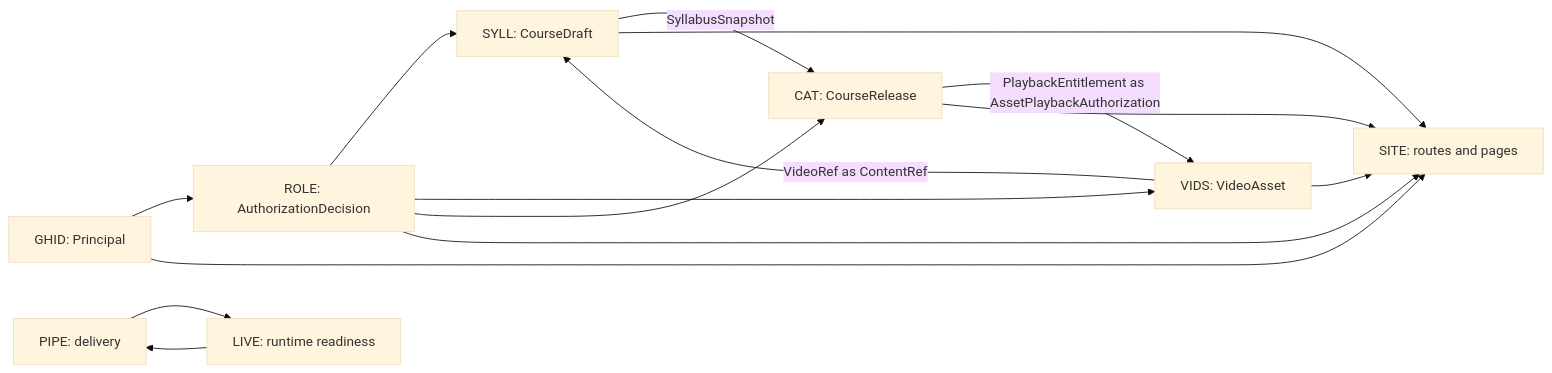
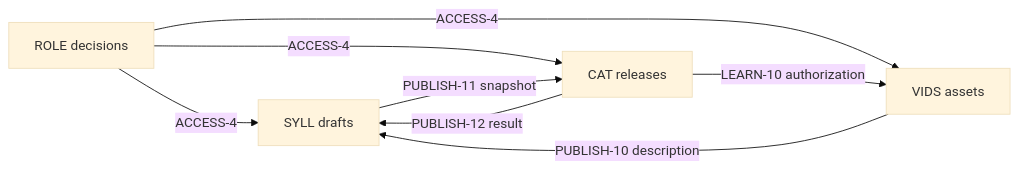
Before and after one commit to sublang-ai/spex: the diagram in demo/specs/map.md, drawn with Mermaid (base theme). The commit also changed other lines of this file and 37 other files, not shown here.

````diff
--- a/demo/specs/map.md
+++ b/demo/specs/map.md
@@ -53,17 +66,10 @@
 ```mermaid
 flowchart LR
-    GHID["GHID: Principal"] --> ROLE["ROLE: AuthorizationDecision"]
-    ROLE --> SYLL["SYLL: CourseDraft"]
-    ROLE --> VIDS["VIDS: VideoAsset"]
-    ROLE --> CAT["CAT: CourseRelease"]
-    VIDS -- "VideoRef as ContentRef" --> SYLL
-    SYLL -- "SyllabusSnapshot" --> CAT
-    CAT -- "PlaybackEntitlement as AssetPlaybackAuthorization" --> VIDS
-    GHID --> SITE["SITE: routes and pages"]
-    ROLE --> SITE
-    SYLL --> SITE
-    CAT --> SITE
-    VIDS --> SITE
-    PIPE["PIPE: delivery"] --> LIVE["LIVE: runtime readiness"]
-    LIVE --> PIPE
+    ROLE["ROLE decisions"] -- "ACCESS-4" --> SYLL["SYLL drafts"]
+    ROLE -- "ACCESS-4" --> CAT["CAT releases"]
+    ROLE -- "ACCESS-4" --> VIDS["VIDS assets"]
+    VIDS -- "PUBLISH-10 description" --> SYLL
+    SYLL -- "PUBLISH-11 snapshot" --> CAT
+    CAT -- "PUBLISH-12 result" --> SYLL
+    CAT -- "LEARN-10 authorization" --> VIDS
 ```
````
